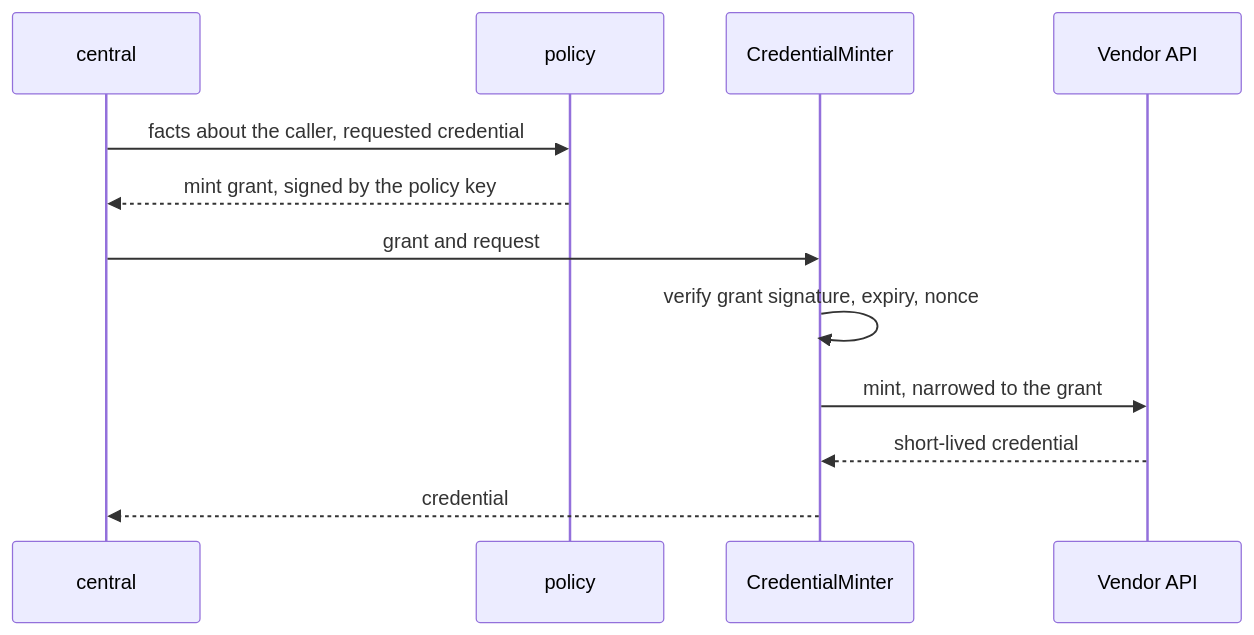
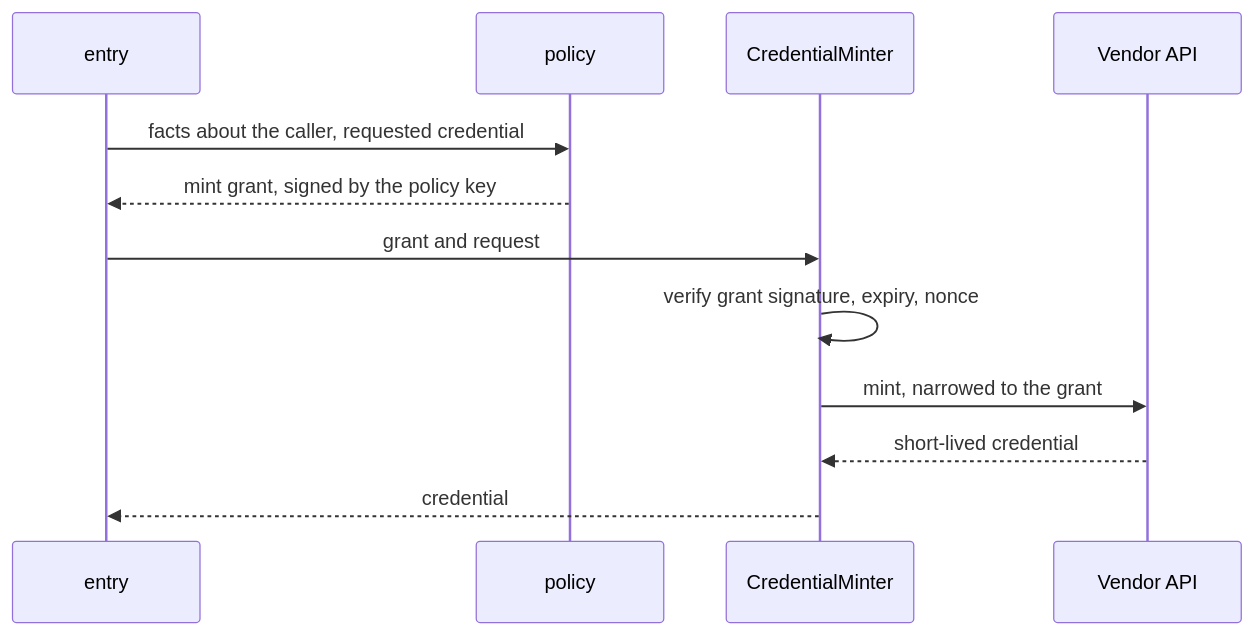
The diagram in docs/concepts/integrations.md (truvity/sluis), drawn with Mermaid before and after one commit. The commit also changed other lines of this file and 26 other files, not shown here.

````diff
--- a/docs/concepts/integrations.md
+++ b/docs/concepts/integrations.md
@@ -38,14 +38,14 @@
 ```mermaid
 sequenceDiagram
-  participant C as central
+  participant C as entry
   participant P as policy
   participant M as CredentialMinter
   participant V as Vendor API
   C->>P: facts about the caller, requested credential
   P-->>C: mint grant, signed by the policy key
   C->>M: grant and request
   M->>M: verify grant signature, expiry, nonce
   M->>V: mint, narrowed to the grant
   V-->>M: short-lived credential
   M-->>C: credential
 ```
````
